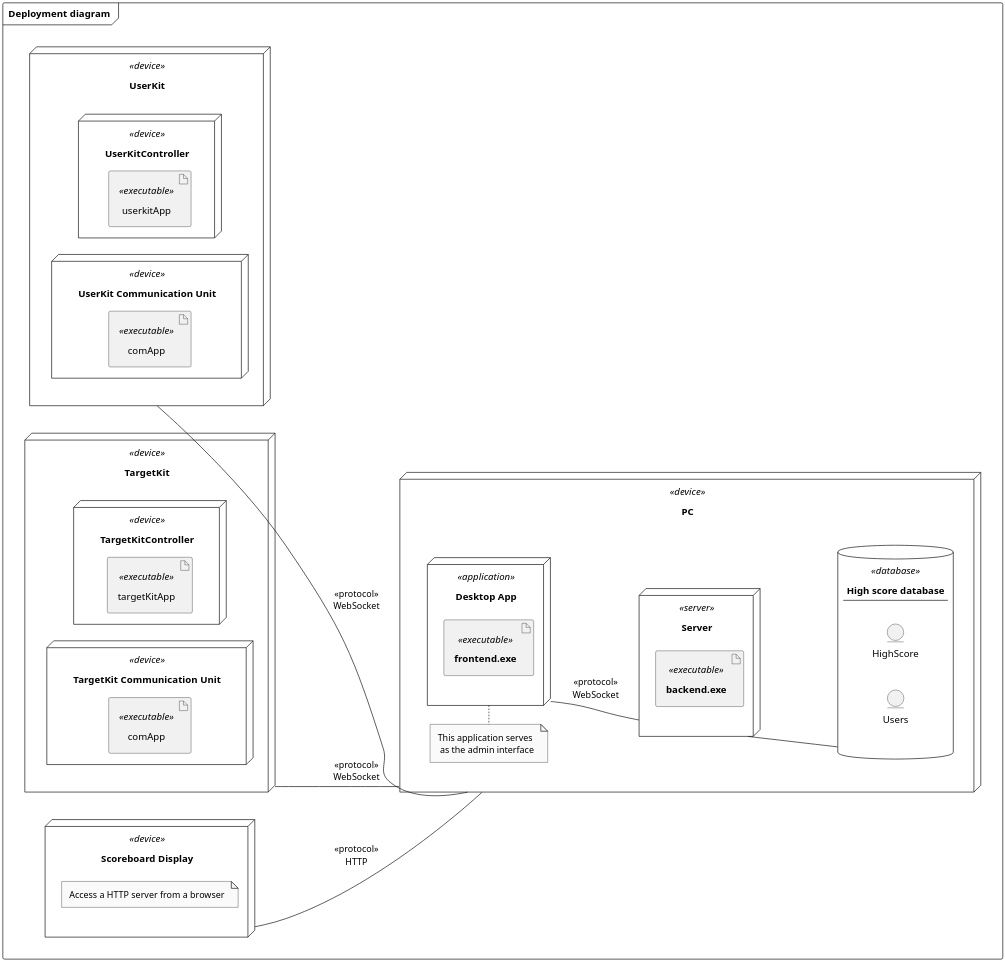
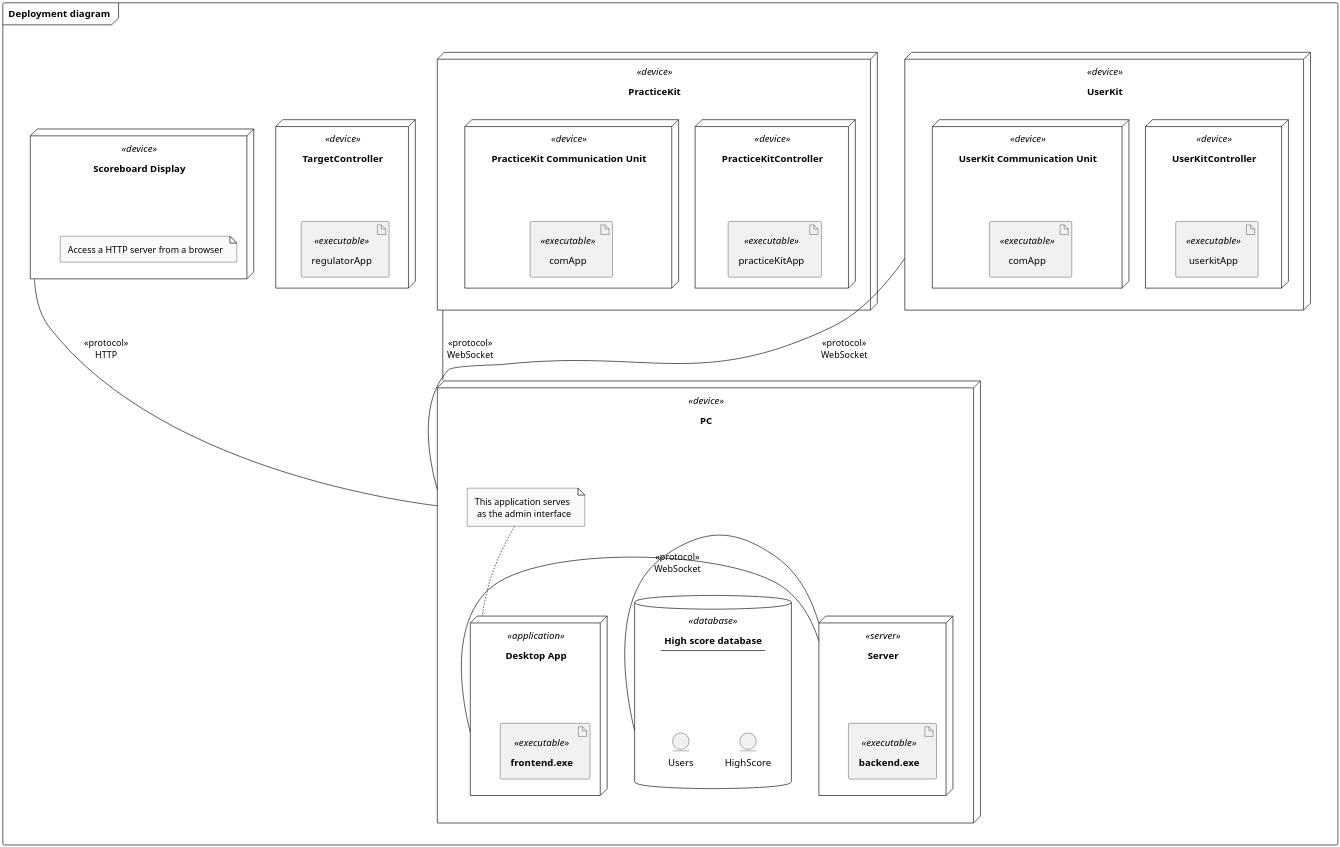
The diagram in PlantUML/src/deployment_diagram.plantuml (LasseKrarup/Laser-Tag-Project), drawn with PlantUML before and after one commit. The commit also changed 2 other files, not shown here.

Commit message:
Used LudicChart for deployment diagram because it is in beta in PlantUML

```diff
--- a/PlantUML/src/deployment_diagram.plantuml
+++ b/PlantUML/src/deployment_diagram.plantuml
@@ -1,67 +1,75 @@
 @startuml deployment_diagram
-
-left to right direction
 
 skinparam {
     monochrome true
     dpi 300
     padding 5
     packageStyle rectangle
     packageStyle frame
     shadowing false
 }
 
 frame "Deployment diagram" {
 
 node "<b>PC" <<device>> as PC {
     node "<b>Desktop App" <<application>> as desktopApp {
         artifact "<b>frontend.exe" <<executable>> as frontend
     }
     note "This application serves\n as the admin interface" as N2
-    N2 .left. desktopApp
+    N2 .. desktopApp
 
     node "<b>Server" <<server>> as server {
         artifact "<b>backend.exe" <<executable>> as backend
     }
 
     database "<b>High score database\n----" <<database>> as DB {
         entity "HighScore"
         entity "Users"
     }
 }
 
-node "<b>UserKit" <<device>> as UserKit {
-    node "<b>UserKitController" <<device>> as userKitCtrl {
-        artifact "userkitApp" <<executable>>
+together {
+    node "<b>UserKit" <<device>> as UserKit {
+        node "<b>UserKitController" <<device>> as userKitCtrl {
+            artifact "userkitApp" <<executable>>
+        }
+
+        node "<b>UserKit Communication Unit" <<device>> as UsrComUnit {
+            artifact "comApp" <<executable>> as usrComApp
+        }
     }
 
-    node "<b>UserKit Communication Unit" <<device>> as UsrComUnit {
-        artifact "comApp" <<executable>> as usrComApp
+    node "<b>PracticeKit" <<device>> as PracticeKit {
+        node "<b>PracticeKitController" <<device>> as PracticeKitCtrl {
+            artifact "practiceKitApp" <<executable>>
+        }
+
+        node "<b>PracticeKit Communication Unit" <<device>> as TrgtComUnit {
+            artifact "comApp" <<executable>> as trgtComApp
+        }
+    }
+
+    node "<b>TargetController" <<device>> as TargetKit {
+        artifact "regulatorApp" <<executable>> as targetApp
+    }
+
+    node "<b>Scoreboard Display" <<device>> as scoreboard {
+        note "Access a HTTP server from a browser" as N1
     }
 }
 
-node "<b>TargetKit" <<device>> as TargetKit {
-    node "<b>TargetKitController" <<device>> as targetKitCtrl {
-        artifact "targetKitApp" <<executable>>
-    }
+' PC -- UserKit
+' PC -- PracticeKit
+' PC -- scoreboard
 
-    node "<b>TargetKit Communication Unit" <<device>> as TrgtComUnit {
-        artifact "comApp" <<executable>> as trgtComApp
-    }
-}
-
-node "<b>Scoreboard Display" <<device>> as scoreboard {
-    note "Access a HTTP server from a browser" as N1
-}
 
 UserKit -- PC : <<protocol>>\nWebSocket
-TargetKit -- PC : <<protocol>>\nWebSocket
+PracticeKit -- PC : <<protocol>>\nWebSocket
 scoreboard -- PC : <<protocol>>\nHTTP
-server -- DB
 
-
-desktopApp -- server : <<protocol>>\nWebSocket
+server - DB
+desktopApp - server : <<protocol>>\nWebSocket
 
 }
 
 @enduml
```
